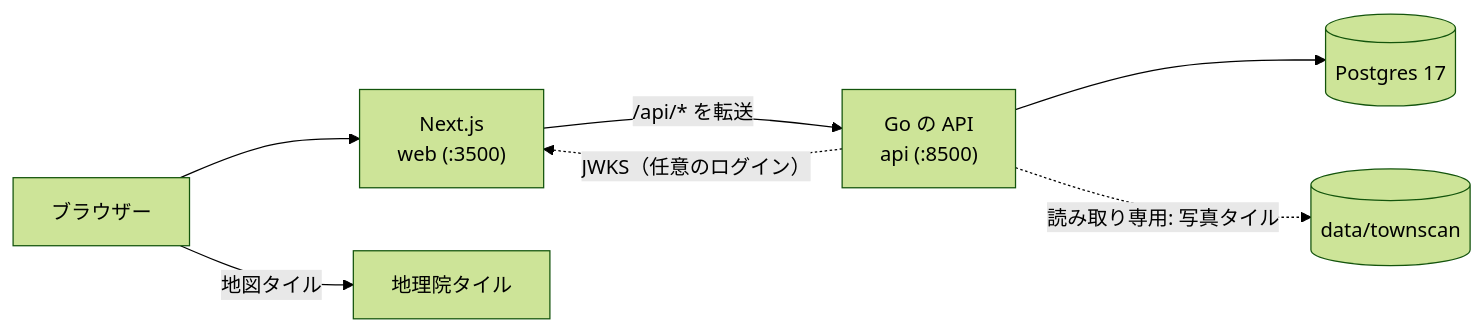
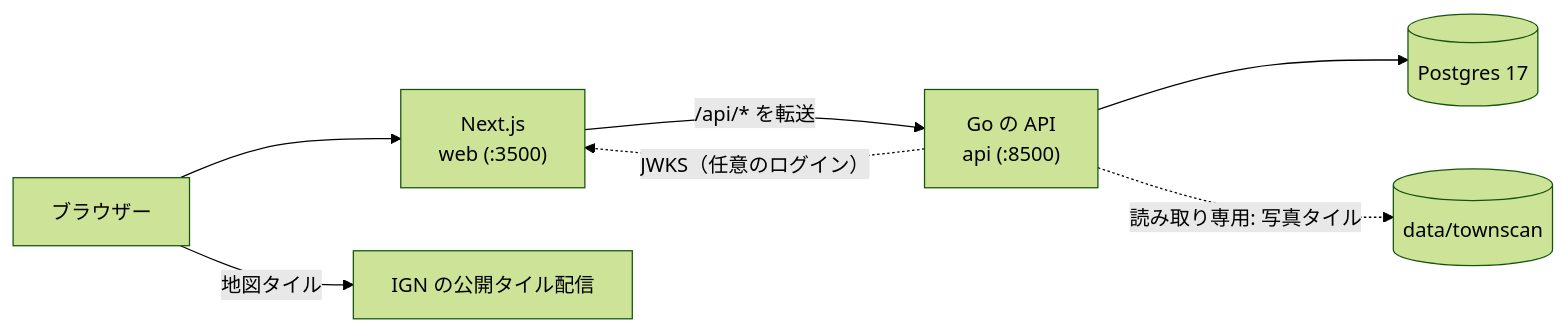
The first of 2 diagrams in README.ja.md (Starlight-Tree/TownScan), drawn with Mermaid (forest theme) before and after one commit. The commit also changed other lines of this file and 125 other files, not shown here.

````diff
--- a/README.ja.md
+++ b/README.ja.md
@@ -25,9 +23,9 @@
 ```mermaid
 flowchart LR
     B[ブラウザー] --> W["Next.js<br/>web (:3500)"]
     W -->|"/api/* を転送"| A["Go の API<br/>api (:8500)"]
     A -.->|"JWKS（任意のログイン）"| W
     A --> DB[("Postgres 17")]
     A -.->|"読み取り専用: 写真タイル"| D[("data/townscan")]
-    B -->|"地図タイル"| G["地理院タイル"]
+    B -->|"地図タイル"| G["IGN の公開タイル配信"]
 ```
````
